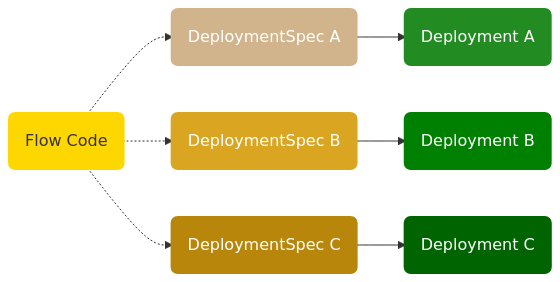
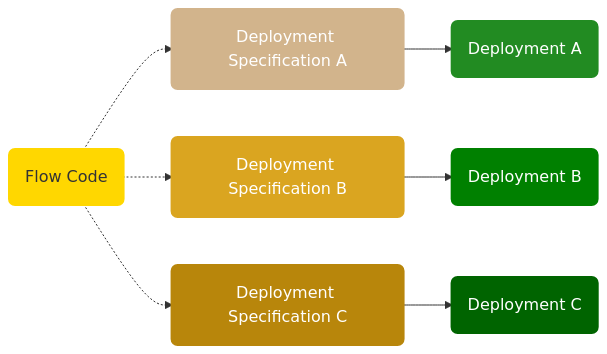
One commit to NicolasCamenischQC/prefect changed the second of 2 diagrams in docs/concepts/deployments.md. Above: the diagram before and after it, drawn with Mermaid. The commit also changed other lines of this file, not shown here.

Commit message:
Add Deployment, packagers, serializers

````diff
--- a/docs/concepts/deployments.md
+++ b/docs/concepts/deployments.md
@@ -71,14 +94,14 @@
 ```mermaid
 graph LR
-    F(Flow Code):::yellow -.-> A(DeploymentSpec A):::tan --> X(Deployment A):::fgreen
-    F -.-> B(DeploymentSpec B):::gold  --> Y(Deployment B):::green
-    F -.-> C(DeploymentSpec C):::dgold --> Z(Deployment C):::dgreen
+    F(Flow Code):::yellow -.-> A(Deployment Specification A):::tan --> X(Deployment A):::fgreen
+    F -.-> B(Deployment Specification B):::gold  --> Y(Deployment B):::green
+    F -.-> C(Deployment Specification C):::dgold --> Z(Deployment C):::dgreen
 
     classDef gold fill:goldenrod,stroke:goldenrod,stroke-width:4px,color:white
     classDef yellow fill:gold,stroke:gold,stroke-width:4px
     classDef dgold fill:darkgoldenrod,stroke:darkgoldenrod,stroke-width:4px,color:white
     classDef tan fill:tan,stroke:tan,stroke-width:4px,color:white
     classDef fgreen fill:forestgreen,stroke:forestgreen,stroke-width:4px,color:white
     classDef green fill:green,stroke:green,stroke-width:4px,color:white
     classDef dgreen fill:darkgreen,stroke:darkgreen,stroke-width:4px,color:white
 ```
````
